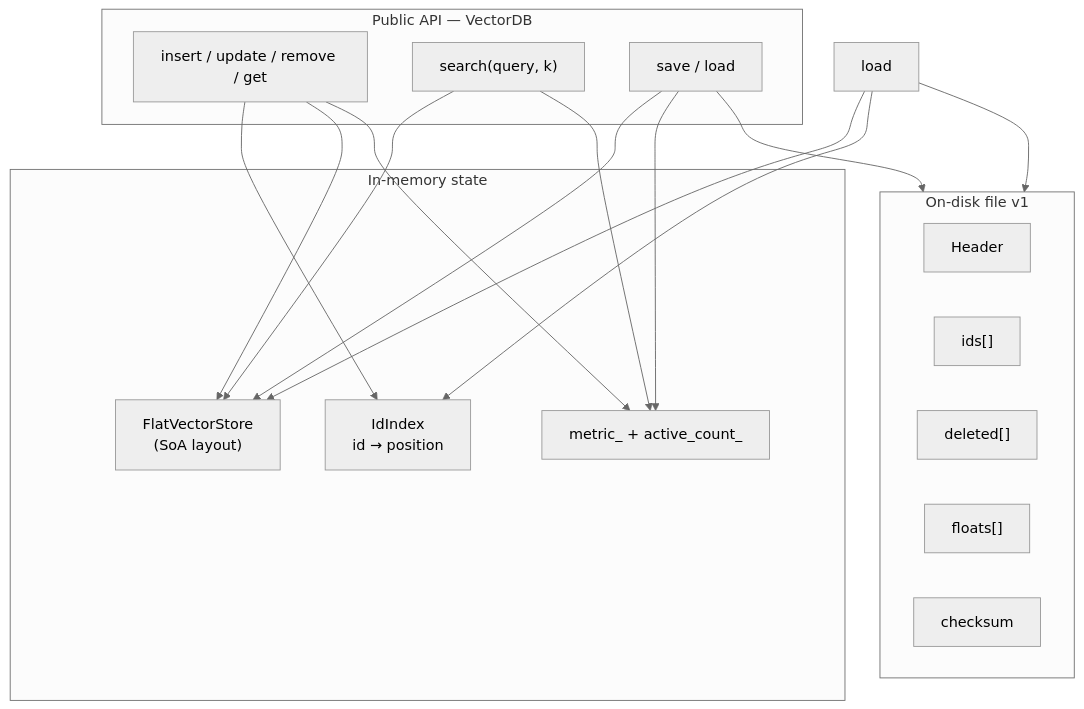
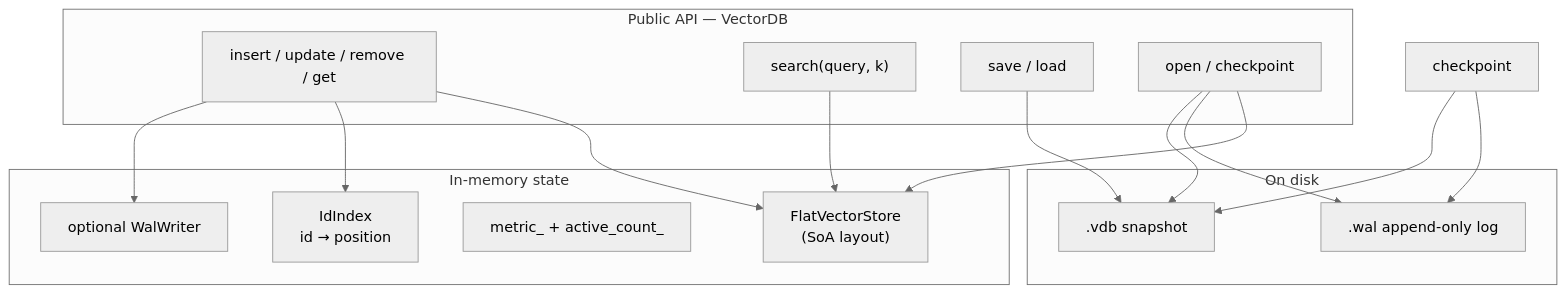
One commit to Kumario1/vectorDB changed the third of 5 diagrams in README.md. Above: the diagram before and after it, drawn with Mermaid (neutral theme). The commit also changed other lines of this file and 5 other files, not shown here.

First line of the commit message:
feat: wire WAL into VectorDB with open, replay, and checkpoint

````diff
--- a/README.md
+++ b/README.md
@@ -46,34 +48,32 @@
 ```mermaid
 flowchart TB
   subgraph API["Public API — VectorDB"]
     insert["insert / update / remove / get"]
     search["search(query, k)"]
     save["save / load"]
+    open["open / checkpoint"]
   end
 
   subgraph Memory["In-memory state"]
     store["FlatVectorStore\n(SoA layout)"]
     index["IdIndex\nid → position"]
     meta["metric_ + active_count_"]
+    walptr["optional WalWriter"]
   end
 
-  subgraph Disk["On-disk file v1"]
-    hdr["Header"]
-    ids["ids[]"]
-    del["deleted[]"]
-    floats["floats[]"]
-    sum["checksum"]
+  subgraph Disk["On disk"]
+    snap[".vdb snapshot"]
+    wallog[".wal append-only log"]
   end
 
+  insert --> walptr
   insert --> index
   insert --> store
-  insert --> meta
   search --> store
-  search --> meta
-  save --> store
-  save --> meta
-  save --> Disk
-  load --> Disk
-  load --> store
-  load --> index
+  save --> snap
+  open --> snap
+  open --> wallog
+  open --> store
+  checkpoint --> snap
+  checkpoint --> wallog
 ```
````
